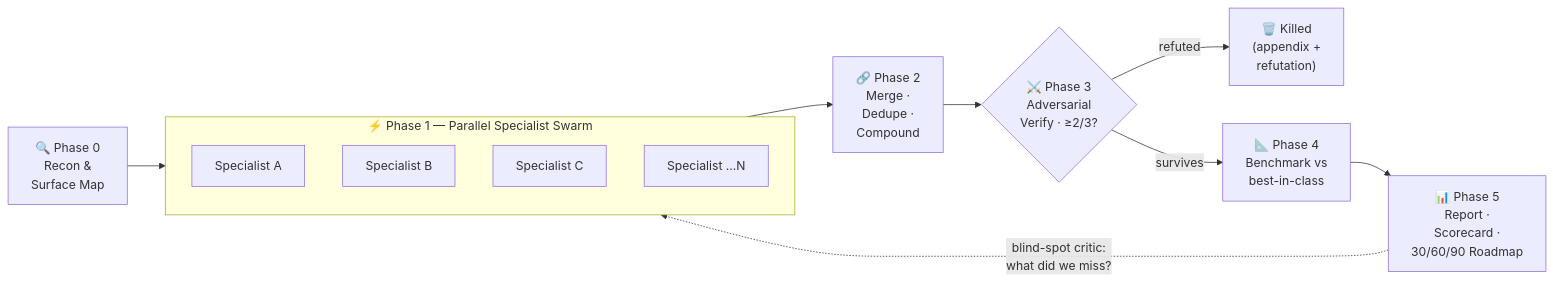
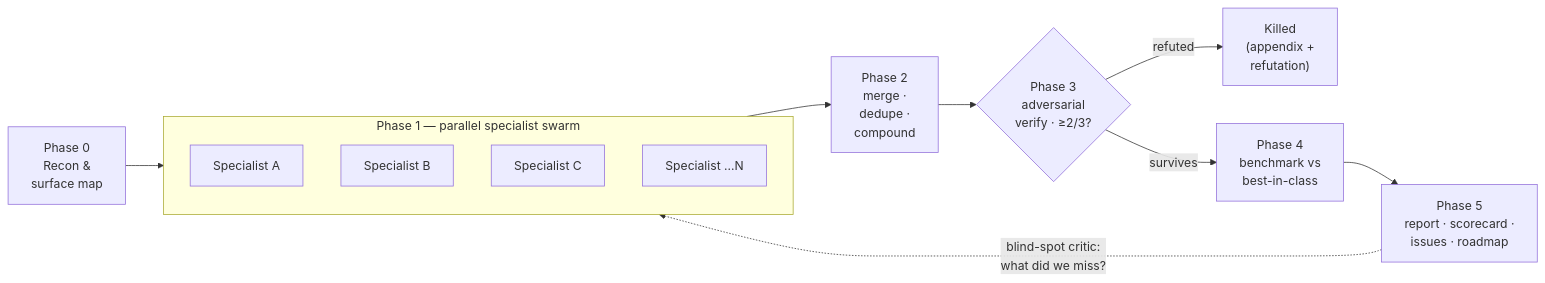
One commit to marcelrapold/auditor changed the second of 2 diagrams in README.md. Above: the diagram before and after it, drawn with Mermaid. The commit also changed other lines of this file and 18 other files, not shown here.

````diff
--- a/README.md
+++ b/README.md
@@ -102,22 +130,19 @@
 ```mermaid
 flowchart LR
-    P0["🔍 Phase 0<br/>Recon &<br/>Surface Map"] --> P1
+    P0["Phase 0<br/>Recon &<br/>surface map"] --> P1
 
-    subgraph P1["⚡ Phase 1 — Parallel Specialist Swarm"]
+    subgraph P1["Phase 1 — parallel specialist swarm"]
         direction TB
         A1["Specialist A"]
         A2["Specialist B"]
         A3["Specialist C"]
         A4["Specialist …N"]
     end
 
-    P1 --> P2["🔗 Phase 2<br/>Merge ·<br/>Dedupe ·<br/>Compound"]
-
-    P2 --> P3{"⚔️ Phase 3<br/>Adversarial<br/>Verify · ≥2/3?"}
-    P3 -- "refuted" --> KILL["🗑️ Killed<br/>(appendix +<br/>refutation)"]
-    P3 -- "survives" --> P4["📐 Phase 4<br/>Benchmark vs<br/>best-in-class"]
-
-    P4 --> P5["📊 Phase 5<br/>Report ·<br/>Scorecard ·<br/>30/60/90 Roadmap"]
-
+    P1 --> P2["Phase 2<br/>merge ·<br/>dedupe ·<br/>compound"]
+    P2 --> P3{"Phase 3<br/>adversarial<br/>verify · ≥2/3?"}
+    P3 -- "refuted" --> KILL["Killed<br/>(appendix +<br/>refutation)"]
+    P3 -- "survives" --> P4["Phase 4<br/>benchmark vs<br/>best-in-class"]
+    P4 --> P5["Phase 5<br/>report · scorecard ·<br/>issues · roadmap"]
     P5 -. "blind-spot critic:<br/>what did we miss?" .-> P1
 ```
````
